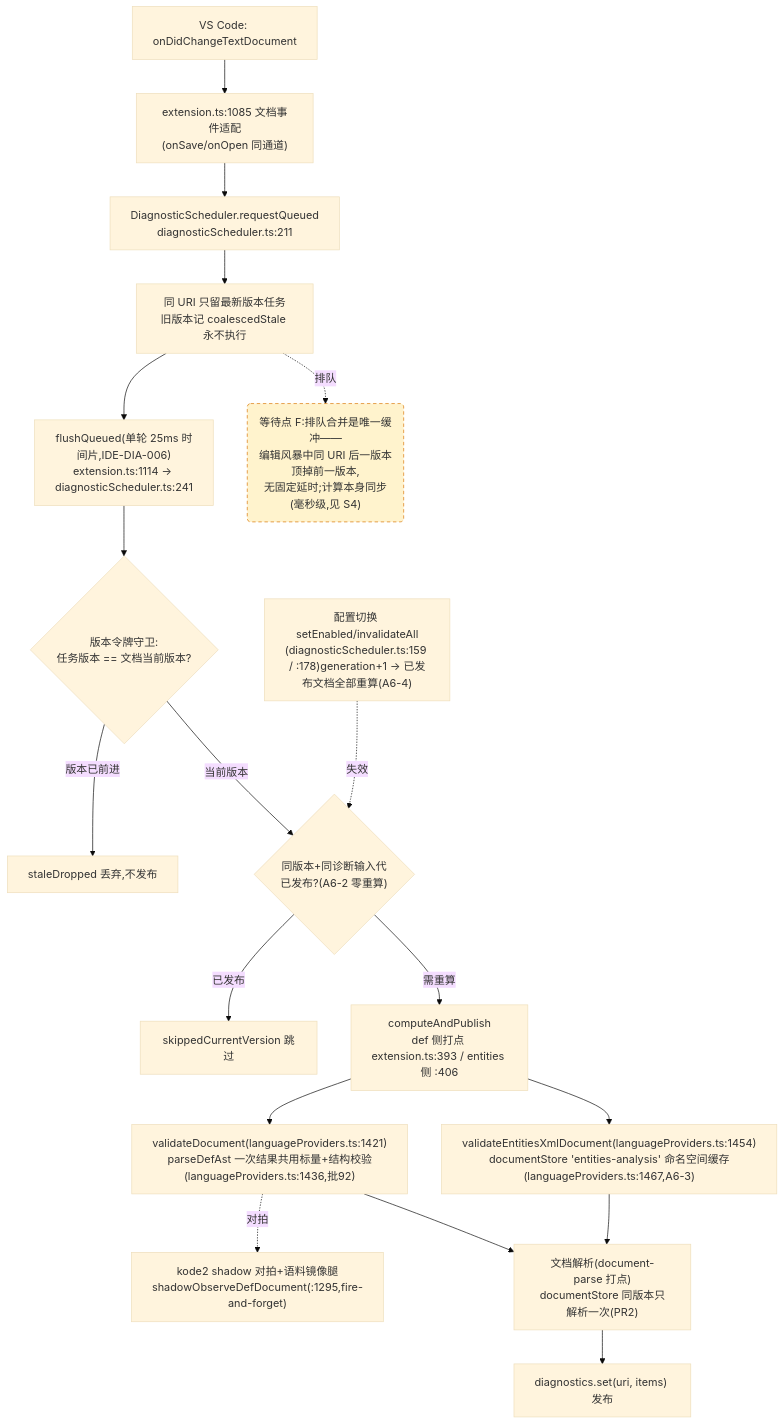
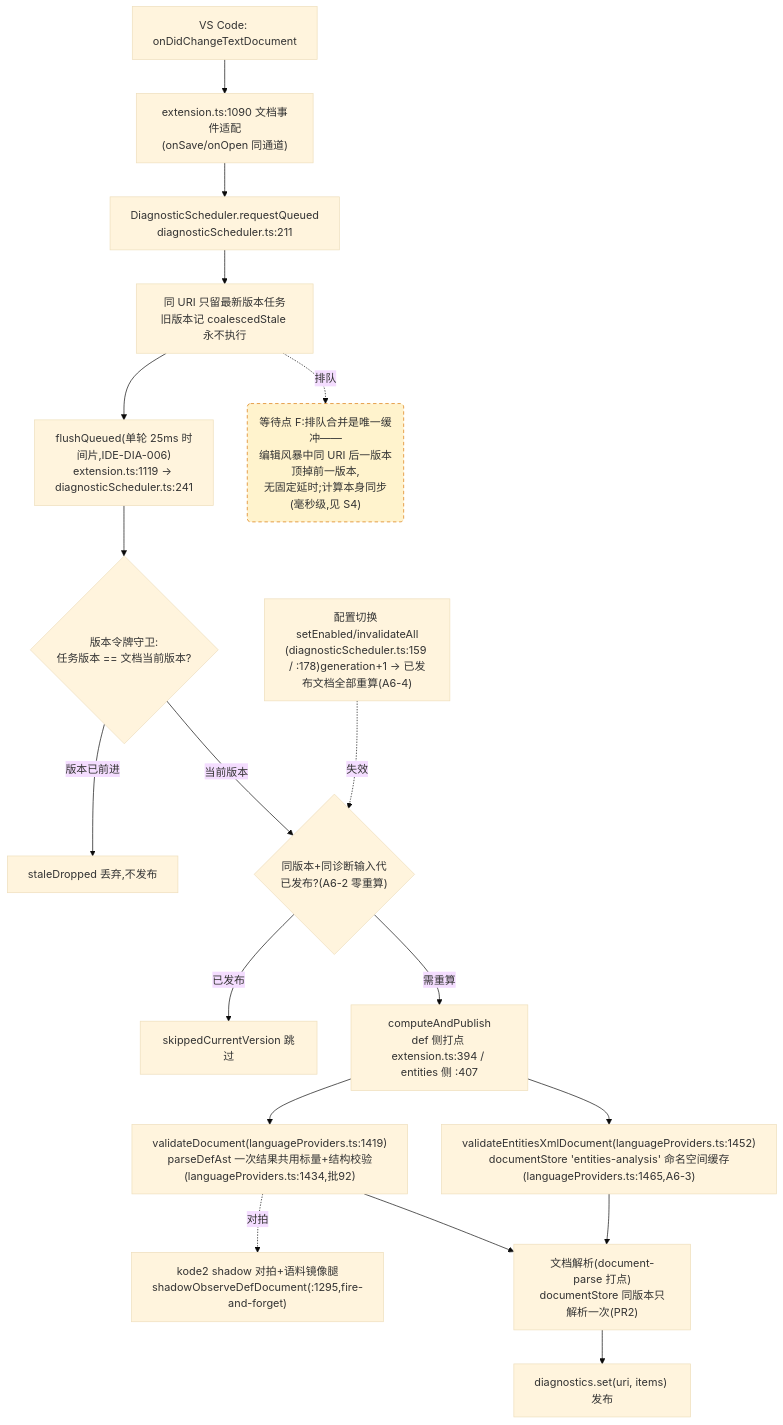
The fourth of 4 diagrams in docs/perf/2026-baseline.md (cuihairu/kode), drawn with Mermaid (base theme) before and after one commit. The commit also changed other lines of this file and 9 other files, not shown here.

````diff
--- a/docs/perf/2026-baseline.md
+++ b/docs/perf/2026-baseline.md
@@ -214,38 +214,38 @@
 ```mermaid
 flowchart TD
   CHG["VS Code: onDidChangeTextDocument"]
-  WATCH["extension.ts:1085 文档事件适配<br/>(onSave/onOpen 同通道)"]
+  WATCH["extension.ts:1090 文档事件适配<br/>(onSave/onOpen 同通道)"]
   RQ["DiagnosticScheduler.requestQueued<br/>diagnosticScheduler.ts:211"]
   CO["同 URI 只留最新版本任务<br/>旧版本记 coalescedStale 永不执行"]
-  FL["flushQueued(单轮 25ms 时间片,IDE-DIA-006)<br/>extension.ts:1114 → diagnosticScheduler.ts:241"]
+  FL["flushQueued(单轮 25ms 时间片,IDE-DIA-006)<br/>extension.ts:1119 → diagnosticScheduler.ts:241"]
   VG{"版本令牌守卫:<br/>任务版本 == 文档当前版本?"}
   DROP["staleDropped 丢弃,不发布"]
   GEN{"同版本+同诊断输入代<br/>已发布?(A6-2 零重算)"}
   SKIP["skippedCurrentVersion 跳过"]
-  CALC["computeAndPublish<br/>def 侧打点 extension.ts:393 / entities 侧 :406"]
-  VD["validateDocument(languageProviders.ts:1421)<br/>parseDefAst 一次结果共用标量+结构校验(languageProviders.ts:1436,批92)"]
-  VEX["validateEntitiesXmlDocument(languageProviders.ts:1454)<br/>documentStore 'entities-analysis' 命名空间缓存(languageProviders.ts:1467,A6-3)"]
+  CALC["computeAndPublish<br/>def 侧打点 extension.ts:394 / entities 侧 :407"]
+  VD["validateDocument(languageProviders.ts:1419)<br/>parseDefAst 一次结果共用标量+结构校验(languageProviders.ts:1434,批92)"]
+  VEX["validateEntitiesXmlDocument(languageProviders.ts:1452)<br/>documentStore 'entities-analysis' 命名空间缓存(languageProviders.ts:1465,A6-3)"]
   SHDD["kode2 shadow 对拍+语料镜像腿<br/>shadowObserveDefDocument(:1295,fire-and-forget)"]
   DS["文档解析(document-parse 打点)<br/>documentStore 同版本只解析一次(PR2)"]
   PUB["diagnostics.set(uri, items) 发布"]
   CFG2["配置切换 setEnabled/invalidateAll<br/>(diagnosticScheduler.ts:159 / :178)generation+1 → 已发布文档全部重算(A6-4)"]
 
   CHG --> WATCH --> RQ --> CO --> FL --> VG
   VG -- "版本已前进" --> DROP
   VG -- "当前版本" --> GEN
   GEN -- "已发布" --> SKIP
   GEN -- "需重算" --> CALC
   CALC --> VD
   CALC --> VEX
   VD --> DS
   VEX --> DS
   DS --> PUB
   VD -.->|对拍| SHDD
   CFG2 -.->|失效| GEN
 
   WAITF("等待点 F:排队合并是唯一缓冲——<br/>编辑风暴中同 URI 后一版本顶掉前一版本,<br/>无固定延时;计算本身同步(毫秒级,见 S4)")
   CO -.->|排队| WAITF
 
   classDef waitPoint fill:#fff3cd,stroke:#d97706,stroke-dasharray:5 4;
   class WAITF waitPoint;
 ```
````
